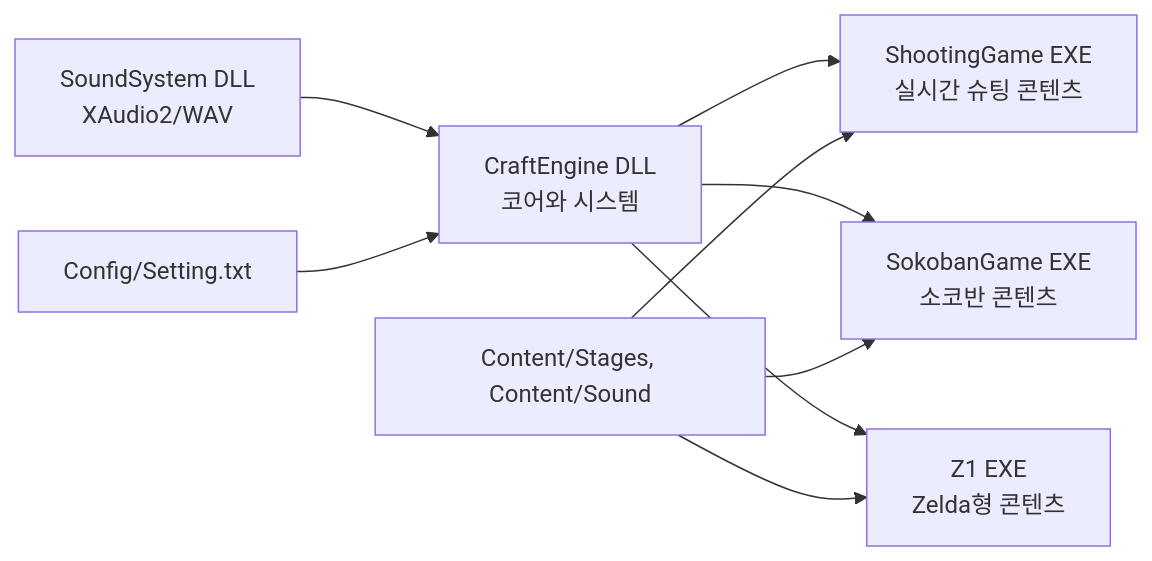
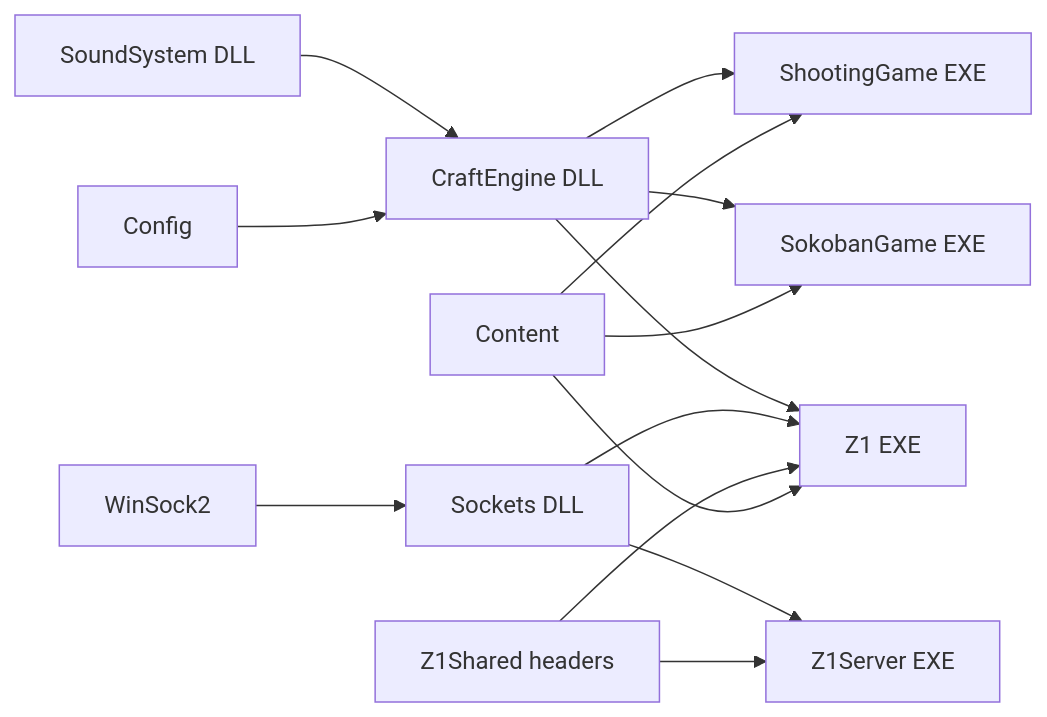
Before and after one commit to 9kyo-hwang/ConsoleGameProject: the first of 2 diagrams in docs/ARCHITECTURE.md, drawn with Mermaid. The commit also changed other lines of this file and 17 other files, not shown here.

````diff
--- a/docs/ARCHITECTURE.md
+++ b/docs/ARCHITECTURE.md
@@ -11,11 +9,16 @@
 ```mermaid
 flowchart LR
-    Sound[SoundSystem DLL<br/>XAudio2/WAV] --> Engine[CraftEngine DLL<br/>코어와 시스템]
-    Engine --> Shooting[ShootingGame EXE<br/>실시간 슈팅 콘텐츠]
-    Engine --> Sokoban[SokobanGame EXE<br/>소코반 콘텐츠]
-    Engine --> Z1[Z1 EXE<br/>Zelda형 콘텐츠]
-    Config[Config/Setting.txt] --> Engine
-    Content[Content/Stages, Content/Sound] --> Shooting
+    Sound[SoundSystem DLL] --> Engine[CraftEngine DLL]
+    Engine --> Shooting[ShootingGame EXE]
+    Engine --> Sokoban[SokobanGame EXE]
+    Engine --> Z1[Z1 EXE]
+    Winsock[WinSock2] --> Sockets[Sockets DLL]
+    Sockets --> Z1
+    Sockets --> Server[Z1Server EXE]
+    Shared[Z1Shared headers] --> Z1
+    Shared --> Server
+    Config[Config] --> Engine
+    Content[Content] --> Shooting
     Content --> Sokoban
     Content --> Z1
 ```
````
